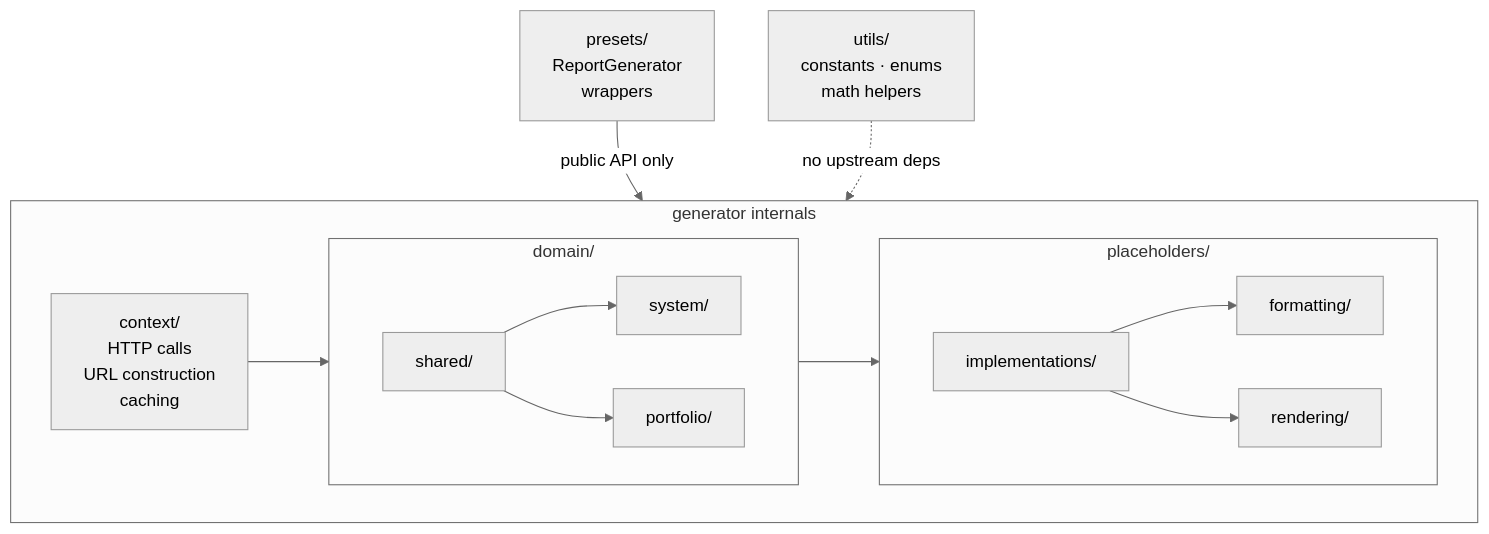
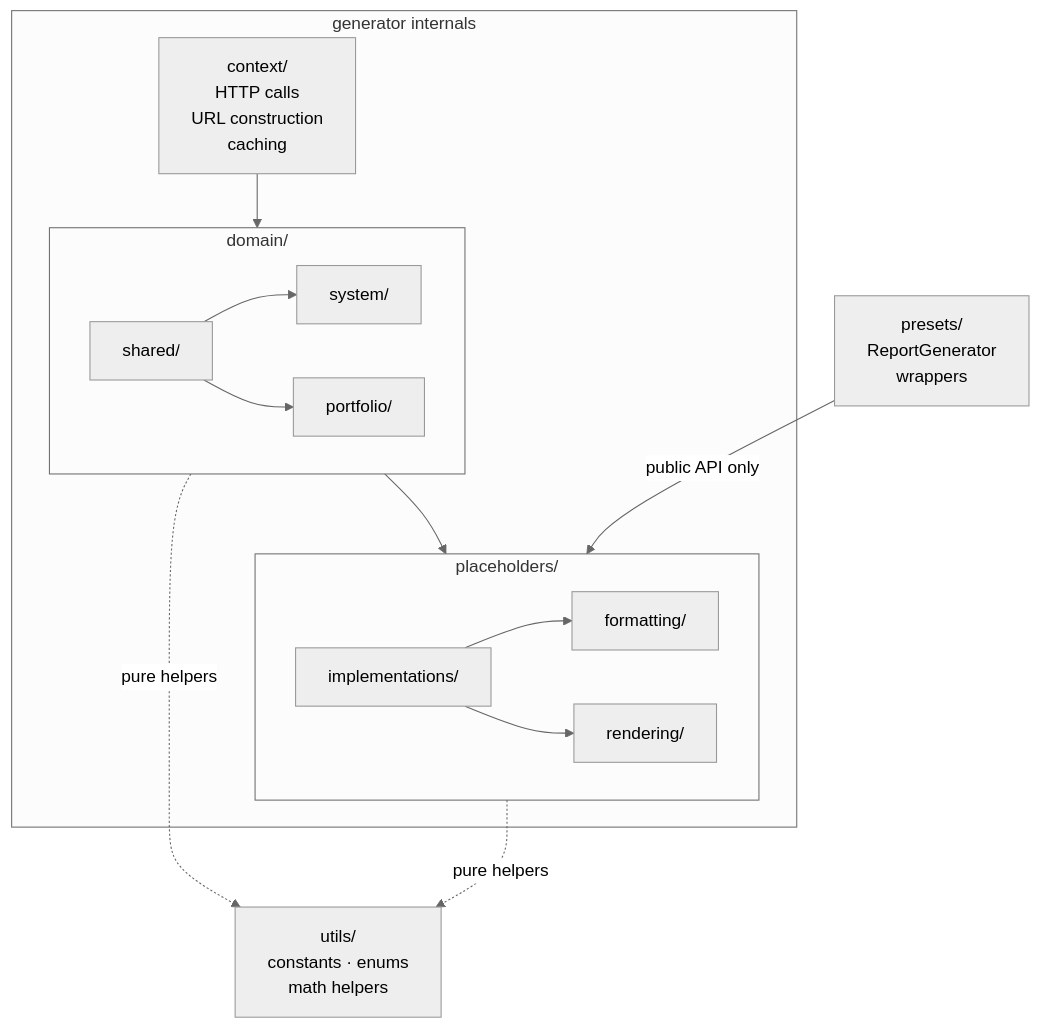
One commit to Software-Improvement-Group/sigrid-report-generator changed the diagram in docs/architecture.md. Above: the diagram before and after it, drawn with Mermaid (neutral theme).

Commit message:
Mermaid diagram

````diff
--- a/docs/architecture.md
+++ b/docs/architecture.md
@@ -27,31 +27,31 @@
 ```mermaid
 flowchart TB
-    utils["utils/<br/>constants · enums<br/>math helpers"]
-
     subgraph generator["generator internals"]
         context["context/<br/>HTTP calls<br/>URL construction<br/>caching"]
 
         subgraph domain["domain/"]
             direction LR
             shared["shared/"] --> system["system/"]
             shared --> portfolio["portfolio/"]
         end
 
         subgraph ph["placeholders/"]
             direction LR
             impl["implementations/"]
             fmt["formatting/"]
             rend["rendering/"]
             impl --> fmt
             impl --> rend
         end
 
         context --> domain
         domain --> impl
     end
 
+    utils["utils/<br/>constants · enums<br/>math helpers"]
     presets["presets/<br/>ReportGenerator<br/>wrappers"]
 
-    presets -->|public API only| generator
-    utils -.->|no upstream deps| generator
+    presets -->|public API only| impl
+    domain -.->|pure helpers| utils
+    ph -.->|pure helpers| utils
 ```
````
